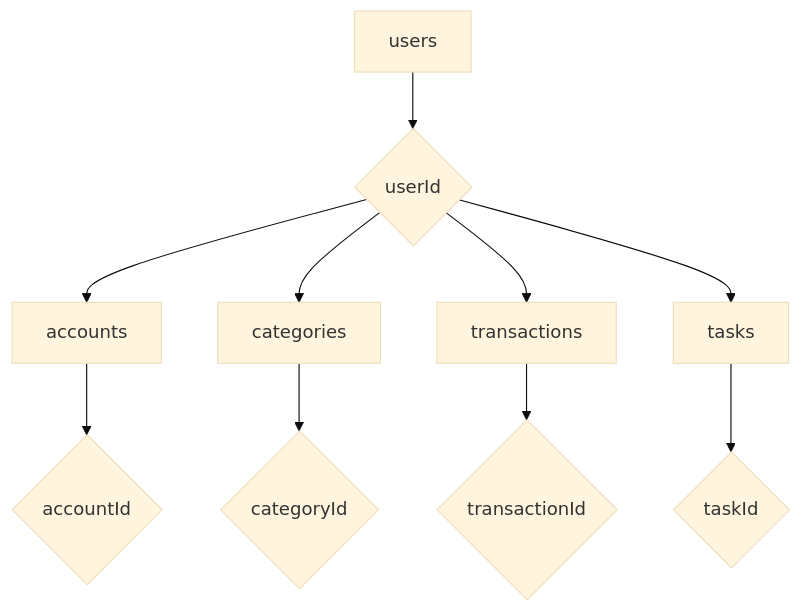
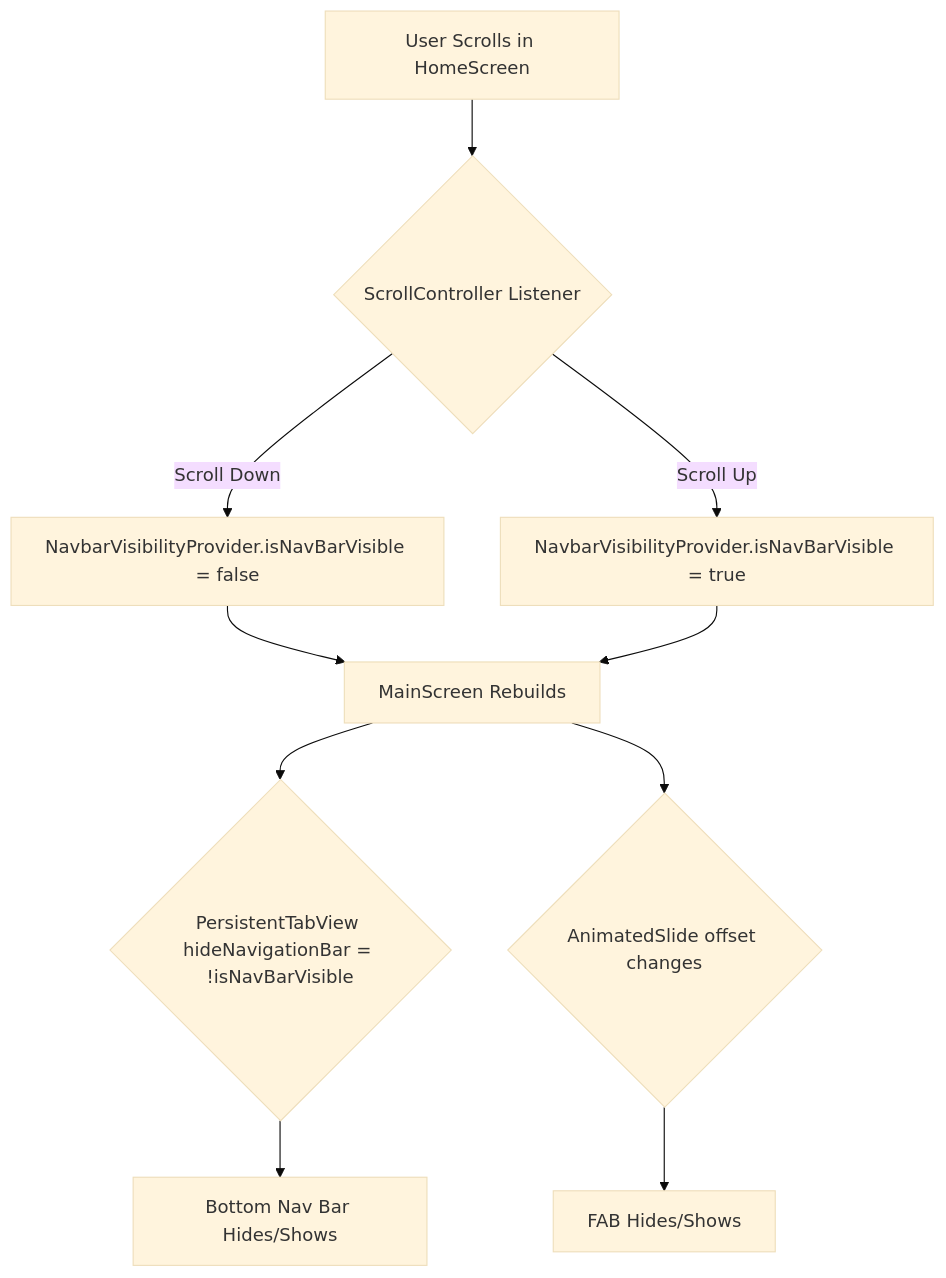
The diagram in plan.md (mimoriam/budgetm), drawn with Mermaid (base theme) before and after one commit. The commit also changed other lines of this file and 5 other files, not shown here.

Commit message:
Navbar auto hide and pop up

````diff
--- a/plan.md
+++ b/plan.md
@@ -43,12 +42,12 @@
 ```mermaid
 graph TD
-    A[users] --> B{userId};
-    B --> C[accounts];
-    B --> D[categories];
-    B --> E[transactions];
-    B --> F[tasks];
-    C --> G{accountId};
-    D --> H{categoryId};
-    E --> I{transactionId};
-    F --> J{taskId};
+    A[User Scrolls in HomeScreen] --> B{ScrollController Listener};
+    B -- Scroll Down --> C[NavbarVisibilityProvider.isNavBarVisible = false];
+    B -- Scroll Up --> D[NavbarVisibilityProvider.isNavBarVisible = true];
+    C --> E[MainScreen Rebuilds];
+    D --> E;
+    E --> F{PersistentTabView hideNavigationBar = !isNavBarVisible};
+    E --> G{AnimatedSlide offset changes};
+    F --> H[Bottom Nav Bar Hides/Shows];
+    G --> I[FAB Hides/Shows];
 ```
````
